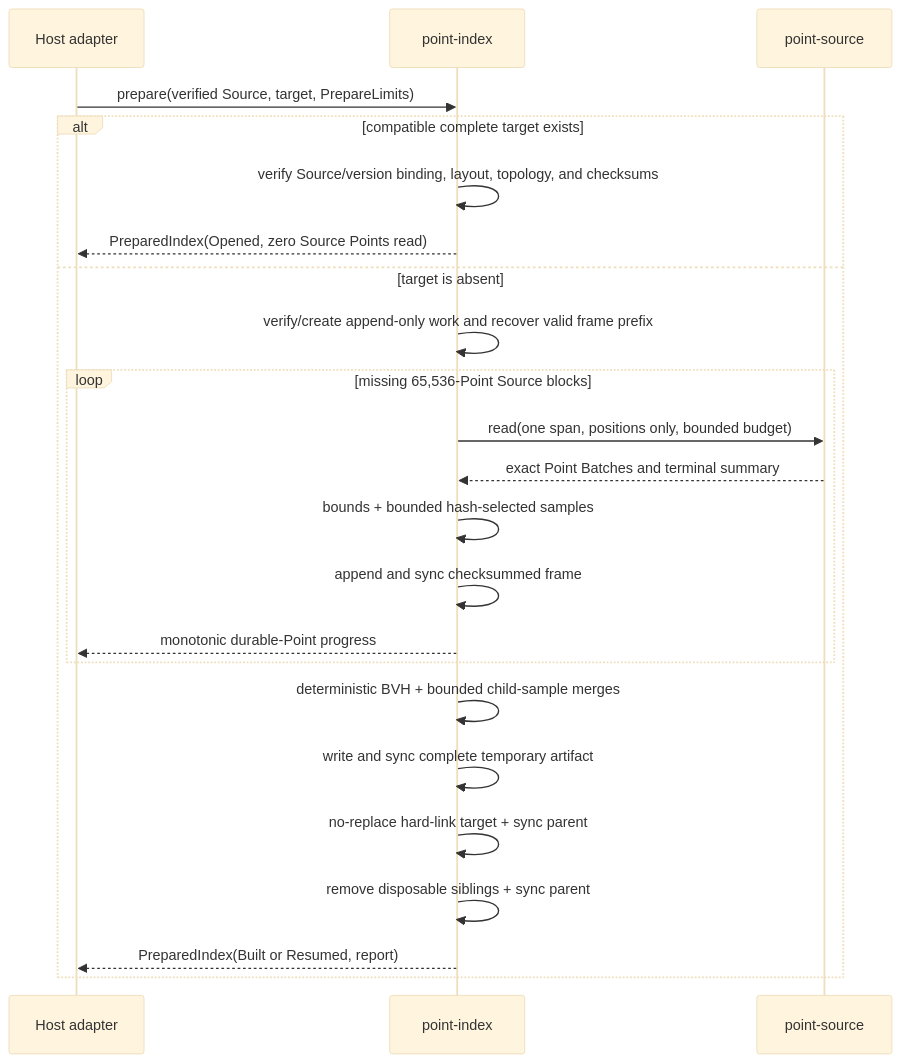
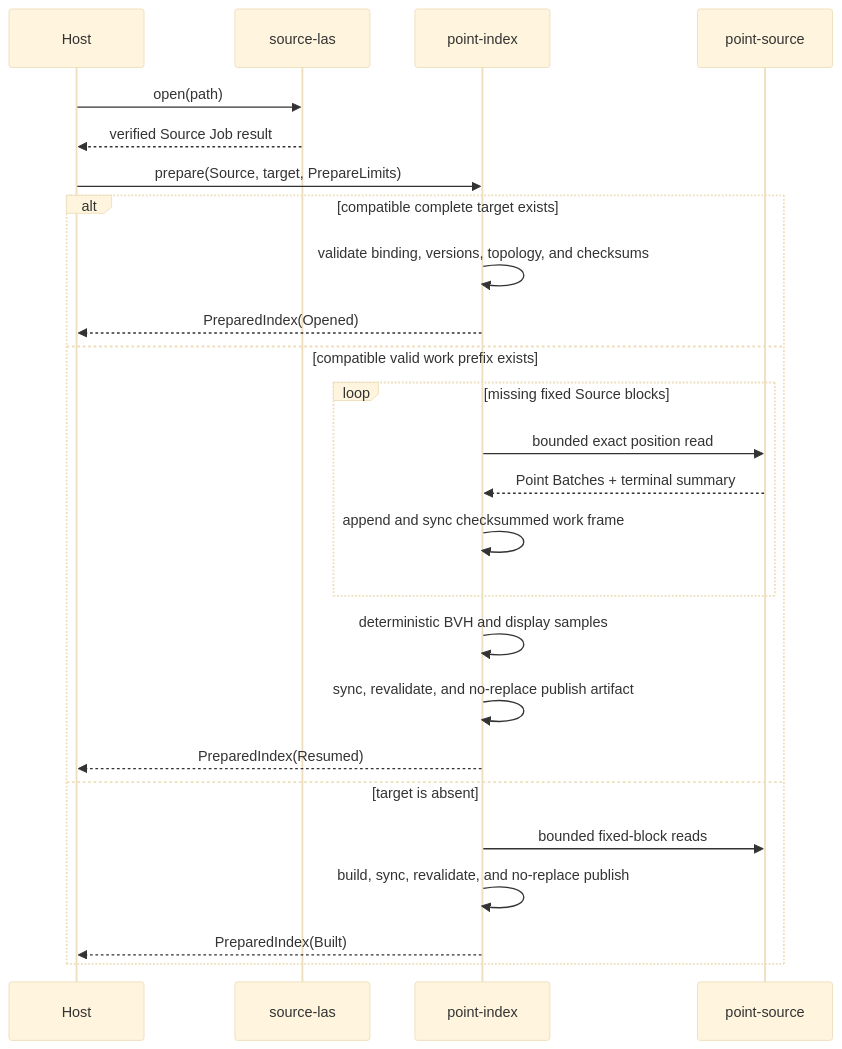
One commit to xxibcill/punctra changed the first of 8 diagrams in docs/architecture/workflows.md. Above: the diagram before and after it, drawn with Mermaid (base theme). The commit also changed other lines of this file and 30 other files, not shown here.

Commit message:
Complete v0.5 durable document core

```diff
--- a/docs/architecture/workflows.md
+++ b/docs/architecture/workflows.md
@@ -68,29 +11,29 @@
 ~~~mermaid
 sequenceDiagram
-    participant APP as Host adapter
+    participant HOST as Host
+    participant LAS as source-las
     participant IDX as point-index
     participant SRC as point-source
 
-    APP->>IDX: prepare(verified Source, target, PrepareLimits)
+    HOST->>LAS: open(path)
+    LAS-->>HOST: verified Source Job result
+    HOST->>IDX: prepare(Source, target, PrepareLimits)
 
     alt compatible complete target exists
-        IDX->>IDX: verify Source/version binding, layout, topology, and checksums
-        IDX-->>APP: PreparedIndex(Opened, zero Source Points read)
+        IDX->>IDX: validate binding, versions, topology, and checksums
+        IDX-->>HOST: PreparedIndex(Opened)
+    else compatible valid work prefix exists
+        loop missing fixed Source blocks
+            IDX->>SRC: bounded exact position read
+            SRC-->>IDX: Point Batches + terminal summary
+            IDX->>IDX: append and sync checksummed work frame
+        end
+        IDX->>IDX: deterministic BVH and display samples
+        IDX->>IDX: sync, revalidate, and no-replace publish artifact
+        IDX-->>HOST: PreparedIndex(Resumed)
     else target is absent
-        IDX->>IDX: verify/create append-only work and recover valid frame prefix
-
-        loop missing 65,536-Point Source blocks
-            IDX->>SRC: read(one span, positions only, bounded budget)
-            SRC-->>IDX: exact Point Batches and terminal summary
-            IDX->>IDX: bounds + bounded hash-selected samples
-            IDX->>IDX: append and sync checksummed frame
-            IDX-->>APP: monotonic durable-Point progress
-        end
-
-        IDX->>IDX: deterministic BVH + bounded child-sample merges
-        IDX->>IDX: write and sync complete temporary artifact
-        IDX->>IDX: no-replace hard-link target + sync parent
-        IDX->>IDX: remove disposable siblings + sync parent
-        IDX-->>APP: PreparedIndex(Built or Resumed, report)
+        IDX->>SRC: bounded fixed-block reads
+        IDX->>IDX: build, sync, revalidate, and no-replace publish
+        IDX-->>HOST: PreparedIndex(Built)
     end
 ~~~
```
